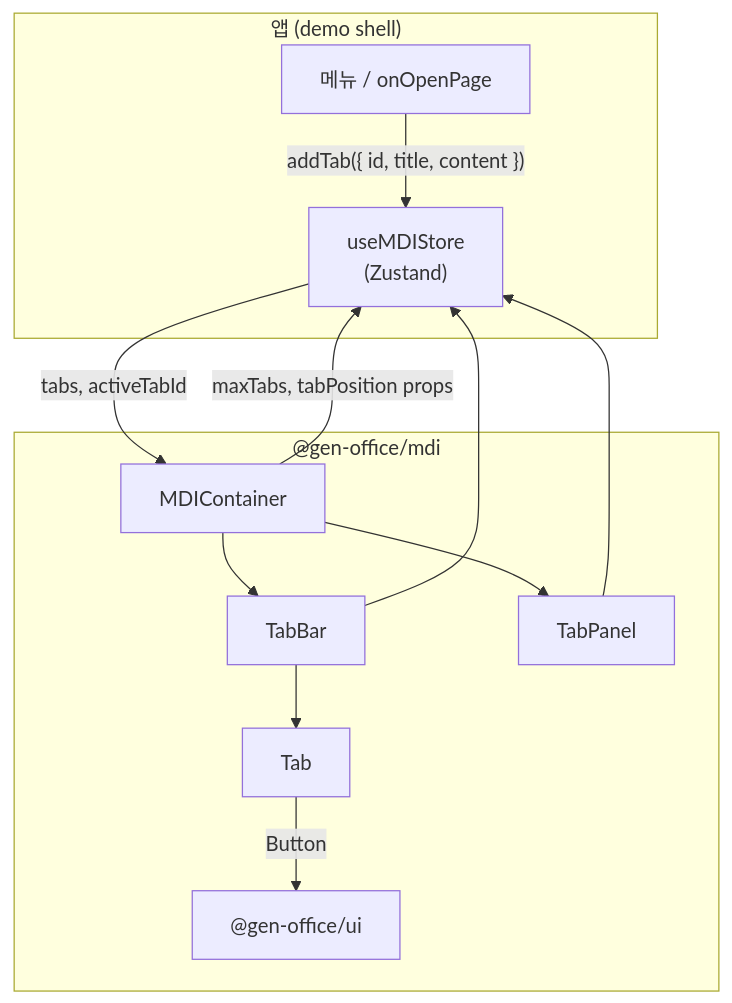
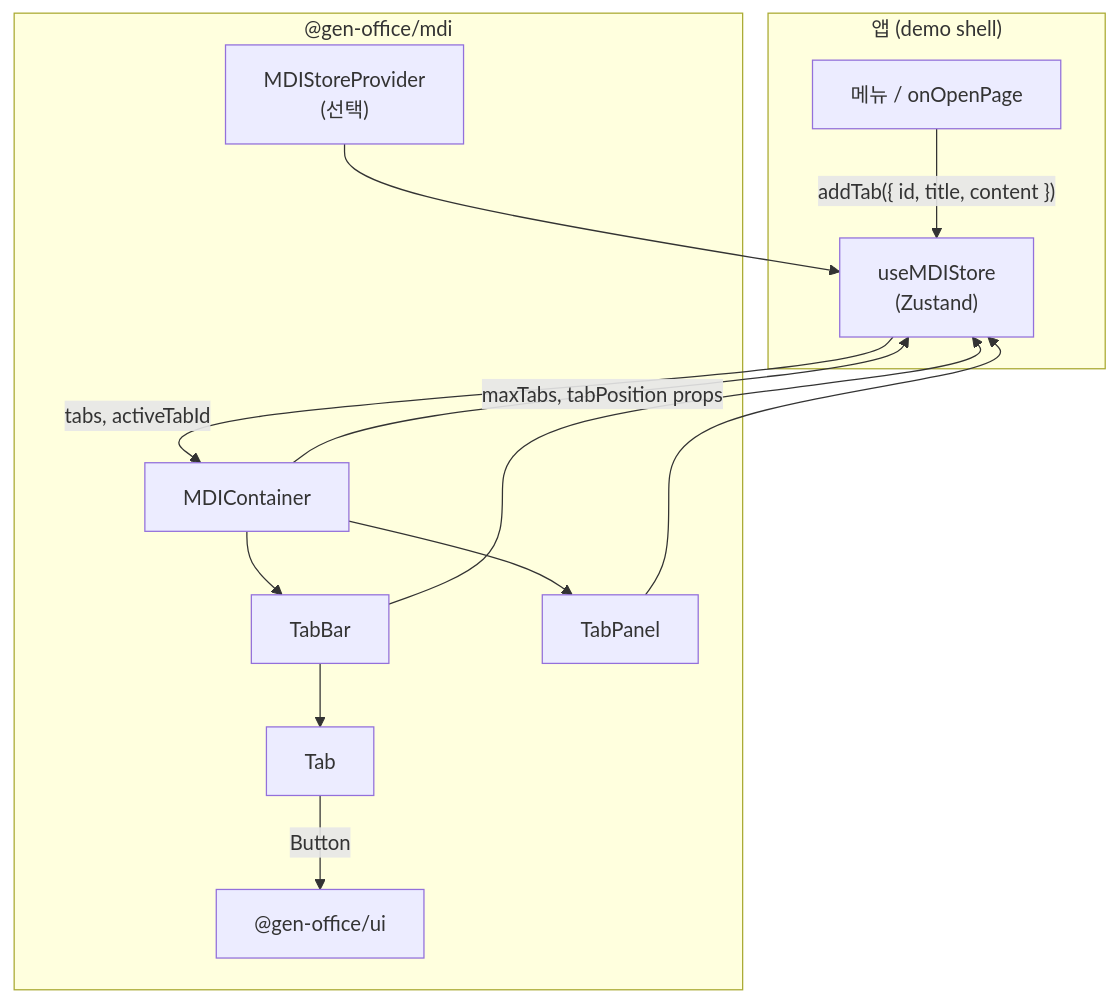
The first of 5 diagrams in packages/mdi/.docs/architecture.md (truerain/genoffice-v2), drawn with Mermaid before and after one commit. The commit also changed other lines of this file and 21 other files, not shown here.

````diff
--- a/packages/mdi/.docs/architecture.md
+++ b/packages/mdi/.docs/architecture.md
@@ -106,25 +117,27 @@
 ```mermaid
 flowchart TB
   subgraph App["앱 (demo shell)"]
     Menu["메뉴 / onOpenPage"]
     Menu -->|"addTab({ id, title, content })"| Store
   end
 
   subgraph MDI["@gen-office/mdi"]
+    Prov["MDIStoreProvider<br/>(선택)"]
     Store["useMDIStore<br/>(Zustand)"]
     MC["MDIContainer"]
     TB["TabBar"]
     T["Tab"]
     TP["TabPanel"]
 
+    Prov --> Store
     MC -->|"maxTabs, tabPosition props"| Store
     MC --> TB
     MC --> TP
     TB --> T
     TB --> Store
     TP --> Store
     T -->|"Button"| UI["@gen-office/ui"]
   end
 
   Store -->|"tabs, activeTabId"| MC
 ```
````
